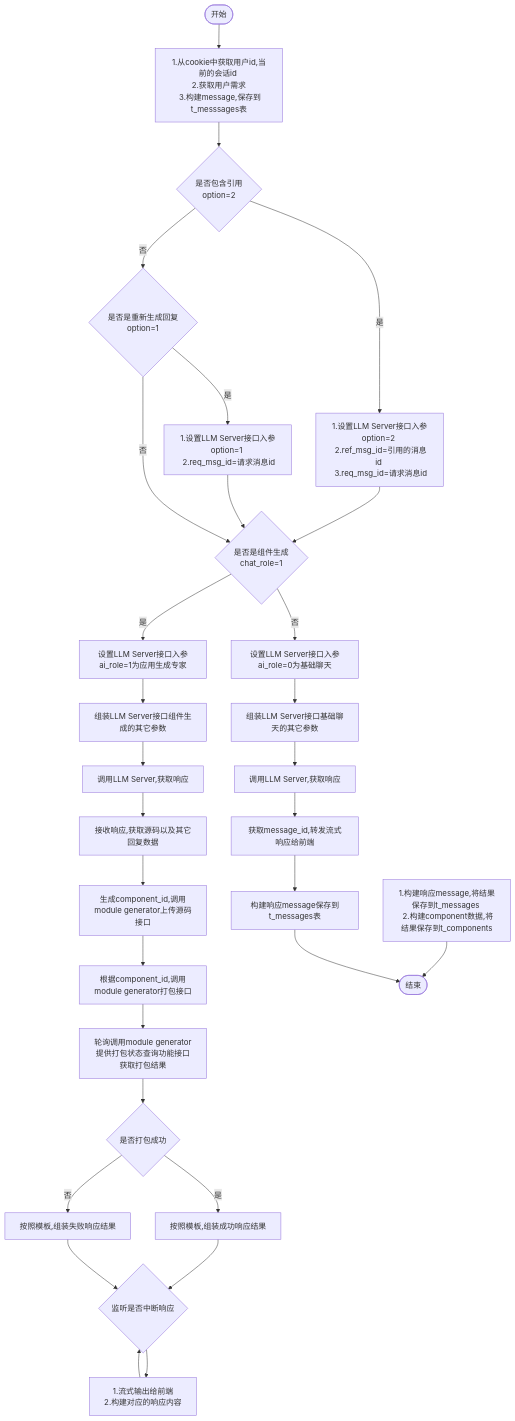
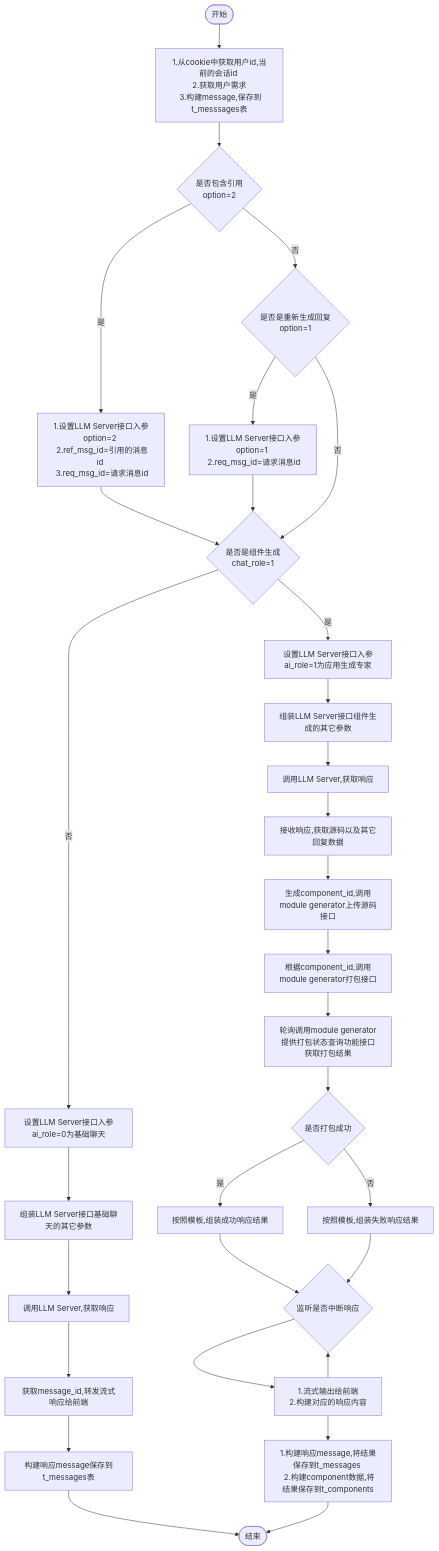
Before and after one commit to yingjianzh/iodraw-files: the diagram in all/w3-会话-不需要传递message.md, drawn with Mermaid.

Commit message:
2024-10-15 15:14:57 update

````diff
--- a/all/w3-会话-不需要传递message.md
+++ b/all/w3-会话-不需要传递message.md
@@ -1,37 +1,37 @@
 ```mermaid
 flowchart TD
     A([开始]) --> B[1.从cookie中获取用户id,当前的会话id \n 2.获取用户需求 \n 3.构建message,保存到t_messsages表]
     B--> D{是否包含引用 \n option=2}
     D -- 是 --> E[1.设置LLM Server接口入参option=2 \n 2.ref_msg_id=引用的消息id \n 3.req_msg_id=请求消息id]
     D -- 否 --> F{是否是重新生成回复\n option=1}
     F -- 是 --> G[1.设置LLM Server接口入参option=1 \n 2.req_msg_id=请求消息id]
     F -- 否 --> I
      
     E & G --> I{是否是组件生成 \n chat_role=1}
     I -- 否 --> K[设置LLM Server接口入参ai_role=0为基础聊天]
     I -- 是 --> J[设置LLM Server接口入参ai_role=1为应用生成专家]
     
 
     J --> L[组装LLM Server接口组件生成的其它参数]    
     K --> M[组装LLM Server接口基础聊天的其它参数]    
     M --> N[调用LLM Server,获取响应]    
     N --> O[获取message_id,转发流式响应给前端]
     O --> P[构建响应message保存到t_messages表]
     P --> R([结束])
 
 
     L --> S[调用LLM Server,获取响应]
     S --> T[接收响应,获取源码以及其它回复数据]
     T --> U[生成component_id,调用module generator上传源码接口]
     U --> V[根据component_id,调用module generator打包接口]
     V --> W[轮询调用module generator提供打包状态查询功能接口获取打包结果]
     W --> X{是否打包成功}
     X -- 是 --> Y[按照模板,组装成功响应结果]
     X -- 否 --> Z[按照模板,组装失败响应结果]
     Y & Z --> Done{监听是否中断响应}
     Done --> OutPut[1.流式输出给前端 \n 2.构建对应的响应内容]
     OutPut --> Done
     
-    Result[1.构建响应message,将结果保存到t_messages \n 2.构建component数据,将结果保存到t_components]
+    OutPut --> Result[1.构建响应message,将结果保存到t_messages \n 2.构建component数据,将结果保存到t_components]
     Result --> R
 ```
````
